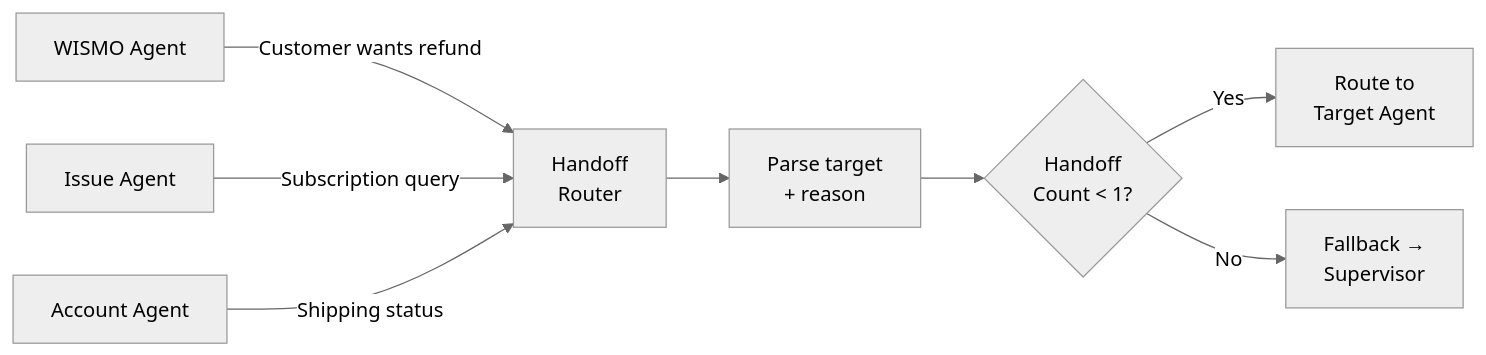
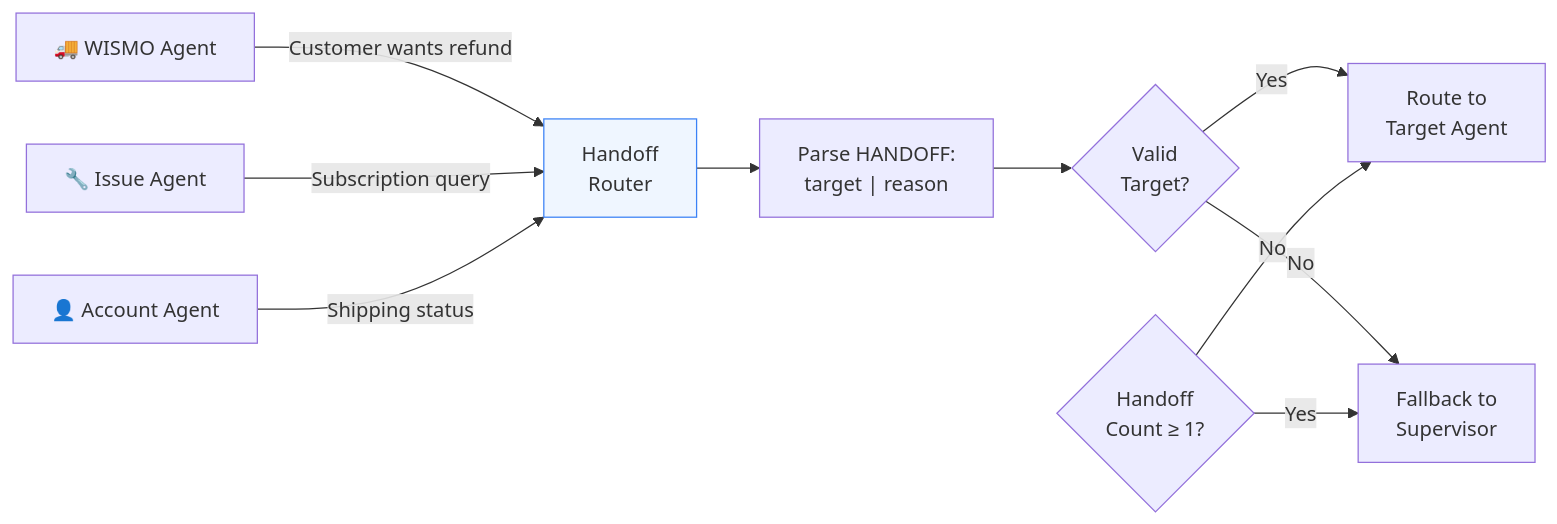
One commit to EminDurmuSS/lookfor-hackathon changed the tenth of 14 diagrams in README.md. Above: the diagram before and after it, drawn with Mermaid. The commit also changed other lines of this file, not shown here.

````diff
--- a/README.md
+++ b/README.md
@@ -529,12 +571,16 @@
 ```mermaid
-%%{init: {'theme': 'neutral'}}%%
 flowchart LR
-    WA["WISMO Agent"] -->|"Customer wants refund"| HR
-    IA["Issue Agent"] -->|"Subscription query"| HR
-    AA["Account Agent"] -->|"Shipping status"| HR
+    WA["🚚 WISMO Agent"] -->|"Customer wants refund"| HR["Handoff<br/>Router"]
+    IA["🔧 Issue Agent"] -->|"Subscription query"| HR
+    AA["👤 Account Agent"] -->|"Shipping status"| HR
 
-    HR["Handoff<br/>Router"] --> PARSE["Parse target<br/>+ reason"]
-    PARSE --> LIMIT{"Handoff<br/>Count < 1?"}
-    LIMIT -->|Yes| TARGET["Route to<br/>Target Agent"]
-    LIMIT -->|No| SUP["Fallback →<br/>Supervisor"]
+    HR --> PARSE["Parse HANDOFF:<br/>target | reason"]
+    PARSE --> VALID{"Valid<br/>Target?"}
+    VALID -->|Yes| ROUTE["Route to<br/>Target Agent"]
+    VALID -->|No| SUP["Fallback to<br/>Supervisor"]
+
+    LIMIT{"Handoff<br/>Count ≥ 1?"} -->|Yes| SUP
+    LIMIT -->|No| ROUTE
+
+    style HR fill:#eff6ff,stroke:#3b82f6
 ```
````
